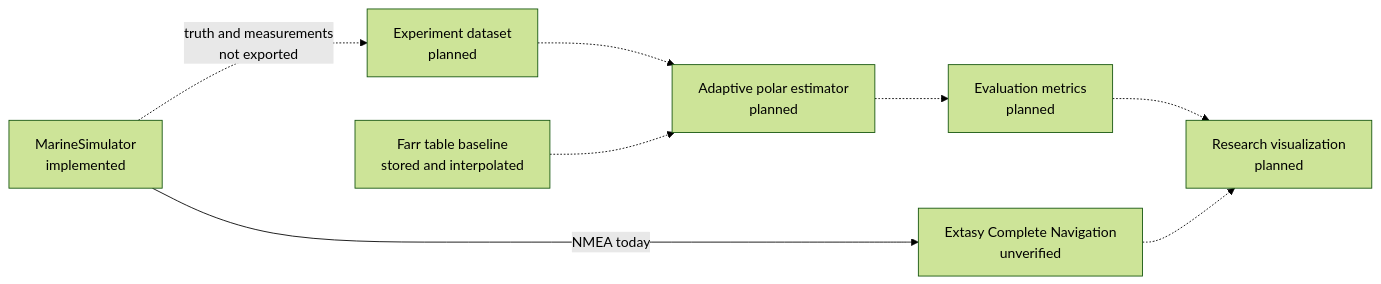
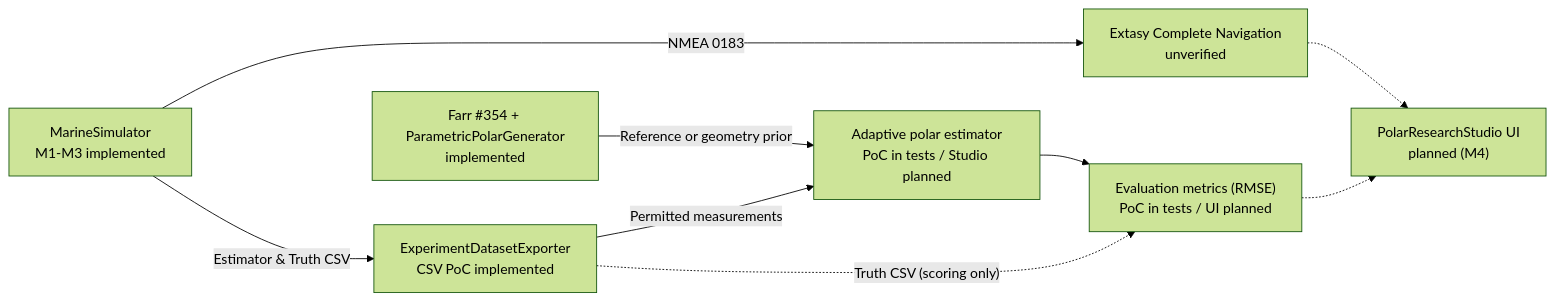
Before and after one commit to bacataBorisov/MarineSimulator: the diagram in .agent/architecture/research-architecture.md, drawn with Mermaid (forest theme). The commit also changed other lines of this file and 12 other files, not shown here.

Commit message:
Add ParametricPolarGenerator PoC and sync M1-M3 documentation

````diff
--- a/.agent/architecture/research-architecture.md
+++ b/.agent/architecture/research-architecture.md
@@ -5,18 +5,19 @@
 ```mermaid
 flowchart LR
-  sim["MarineSimulator\nimplemented"]
-  dataset["Experiment dataset\nplanned"]
-  baseline["Farr table baseline\nstored and interpolated"]
-  estimator["Adaptive polar estimator\nplanned"]
-  metrics["Evaluation metrics\nplanned"]
-  viz["Research visualization\nplanned"]
+  sim["MarineSimulator\nM1-M3 implemented"]
+  dataset["ExperimentDatasetExporter\nCSV PoC implemented"]
+  baseline["Farr #354 + ParametricPolarGenerator\nimplemented"]
+  estimator["Adaptive polar estimator\nPoC in tests / Studio planned"]
+  metrics["Evaluation metrics (RMSE)\nPoC in tests / UI planned"]
+  viz["PolarResearchStudio UI\nplanned (M4)"]
   extasy["Extasy Complete Navigation\nunverified"]
 
-  sim -->|"NMEA today"| extasy
-  sim -.->|"truth and measurements\nnot exported"| dataset
-  dataset -.-> estimator
-  baseline -.-> estimator
-  estimator -.-> metrics
+  sim -->|"NMEA 0183"| extasy
+  sim -->|"Estimator & Truth CSV"| dataset
+  dataset -->|"Permitted measurements"| estimator
+  baseline -->|"Reference or geometry prior"| estimator
+  estimator --> metrics
+  dataset -. "Truth CSV (scoring only)" .-> metrics
   metrics -.-> viz
   extasy -.-> viz
 ```
````
